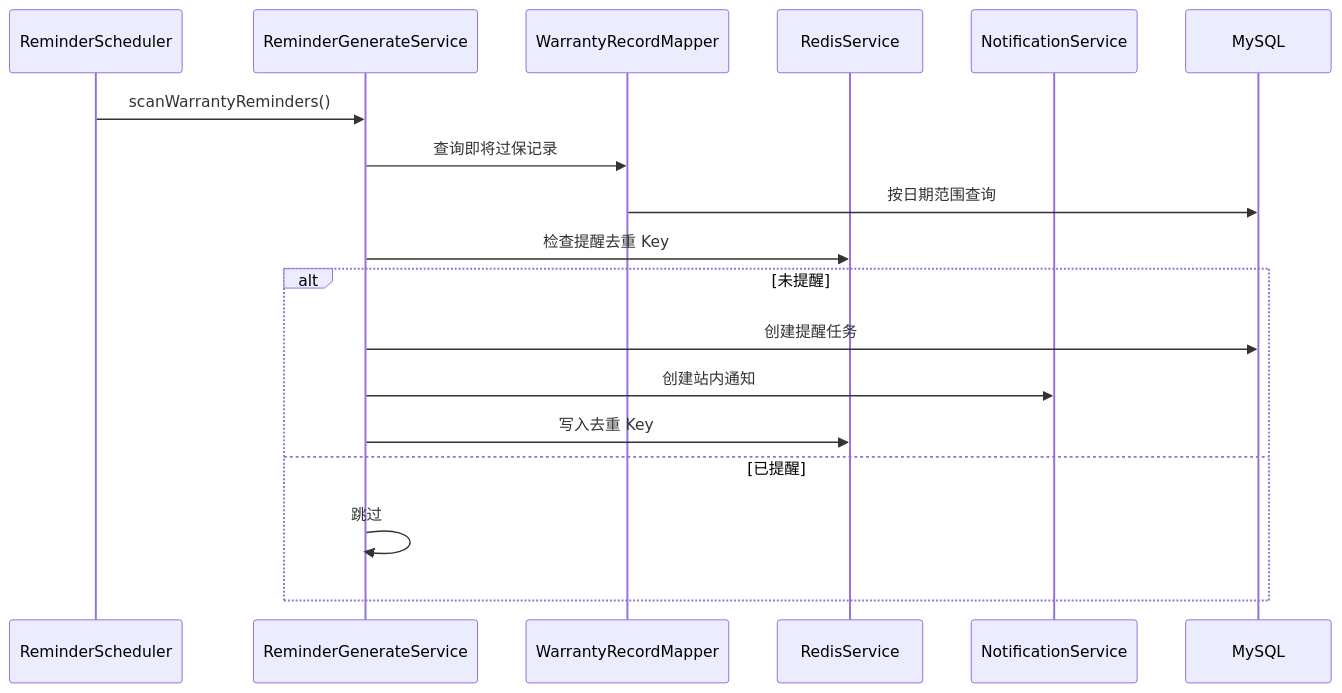
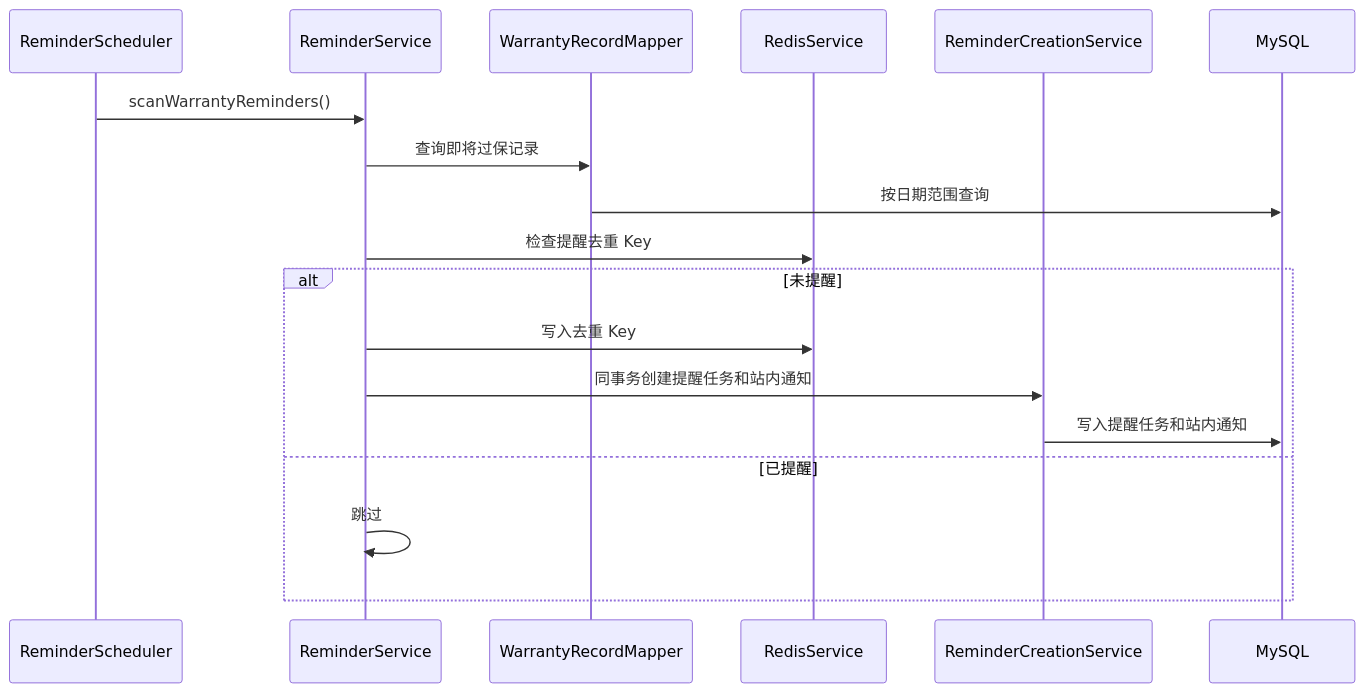
One commit to BQHM/fixledger changed the third of 4 diagrams in docs/architecture.md. Above: the diagram before and after it, drawn with Mermaid. The commit also changed other lines of this file and 1 other file, not shown here.

Commit message:
docs: align p10 architecture

````diff
--- a/docs/architecture.md
+++ b/docs/architecture.md
@@ -395,21 +395,21 @@
 ```mermaid
 sequenceDiagram
     participant Job as ReminderScheduler
-    participant S as ReminderGenerateService
+    participant S as ReminderService
     participant W as WarrantyRecordMapper
     participant R as RedisService
-    participant N as NotificationService
+    participant N as ReminderCreationService
     participant DB as MySQL
 
     Job->>S: scanWarrantyReminders()
     S->>W: 查询即将过保记录
     W->>DB: 按日期范围查询
     S->>R: 检查提醒去重 Key
     alt 未提醒
-        S->>DB: 创建提醒任务
-        S->>N: 创建站内通知
         S->>R: 写入去重 Key
+        S->>N: 同事务创建提醒任务和站内通知
+        N->>DB: 写入提醒任务和站内通知
     else 已提醒
         S->>S: 跳过
     end
 ```
````
